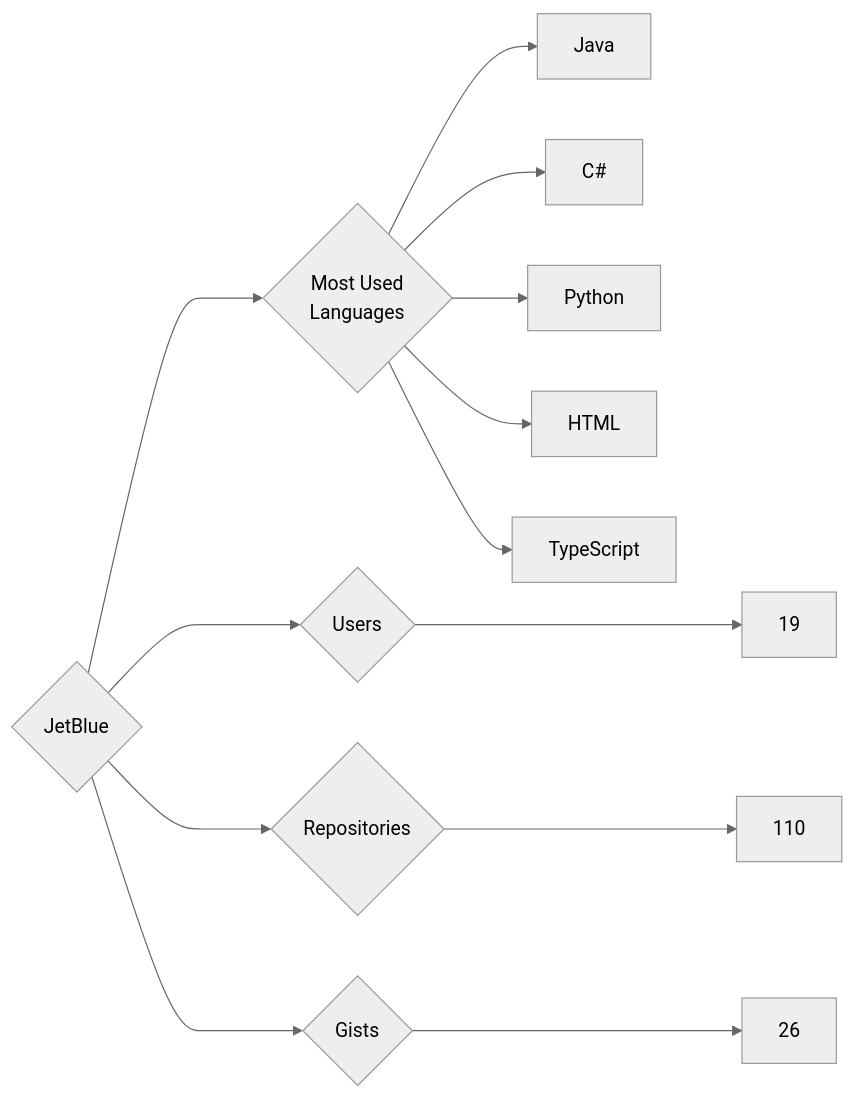
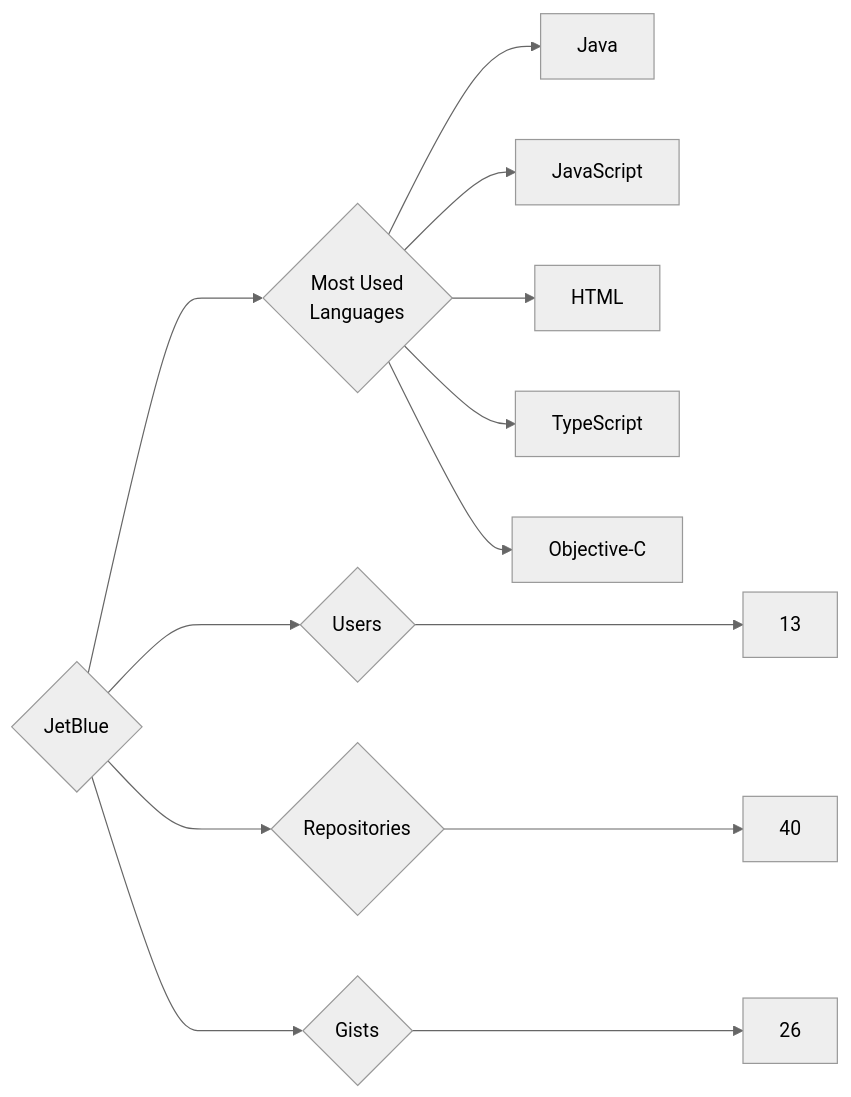
One commit to trickest/insiders changed the diagram in targets/JetBlue/README.md. Above: the diagram before and after it, drawn with Mermaid (neutral theme). The commit also changed 965 other files, not shown here.

````diff
--- a/targets/JetBlue/README.md
+++ b/targets/JetBlue/README.md
@@ -3,13 +3,13 @@
 ```mermaid
 graph LR
 COMPANY_NAME{JetBlue}
-COMPANY_NAME ---> U{Users} ---> UN[19]
-COMPANY_NAME ---> R{Repositories} ---> RN[110]
+COMPANY_NAME ---> U{Users} ---> UN[13]
+COMPANY_NAME ---> R{Repositories} ---> RN[40]
 COMPANY_NAME ---> G{Gists} ---> GN[26]
 COMPANY_NAME ---> ML{Most Used<br>Languages}
 ML --> Java[Java]
-ML --> C#[C#]
-ML --> Python[Python]
+ML --> JavaScript[JavaScript]
 ML --> HTML[HTML]
 ML --> TypeScript[TypeScript]
+ML --> Objective-C[Objective-C]
 ```
````
